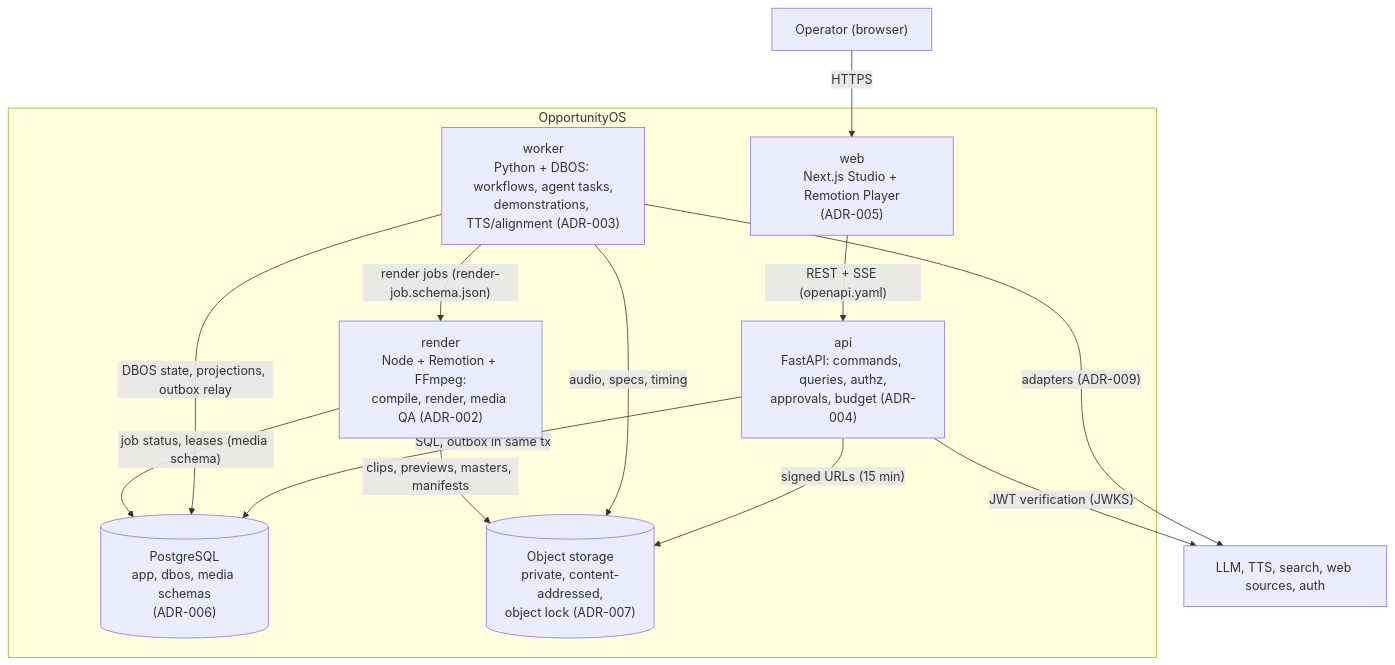
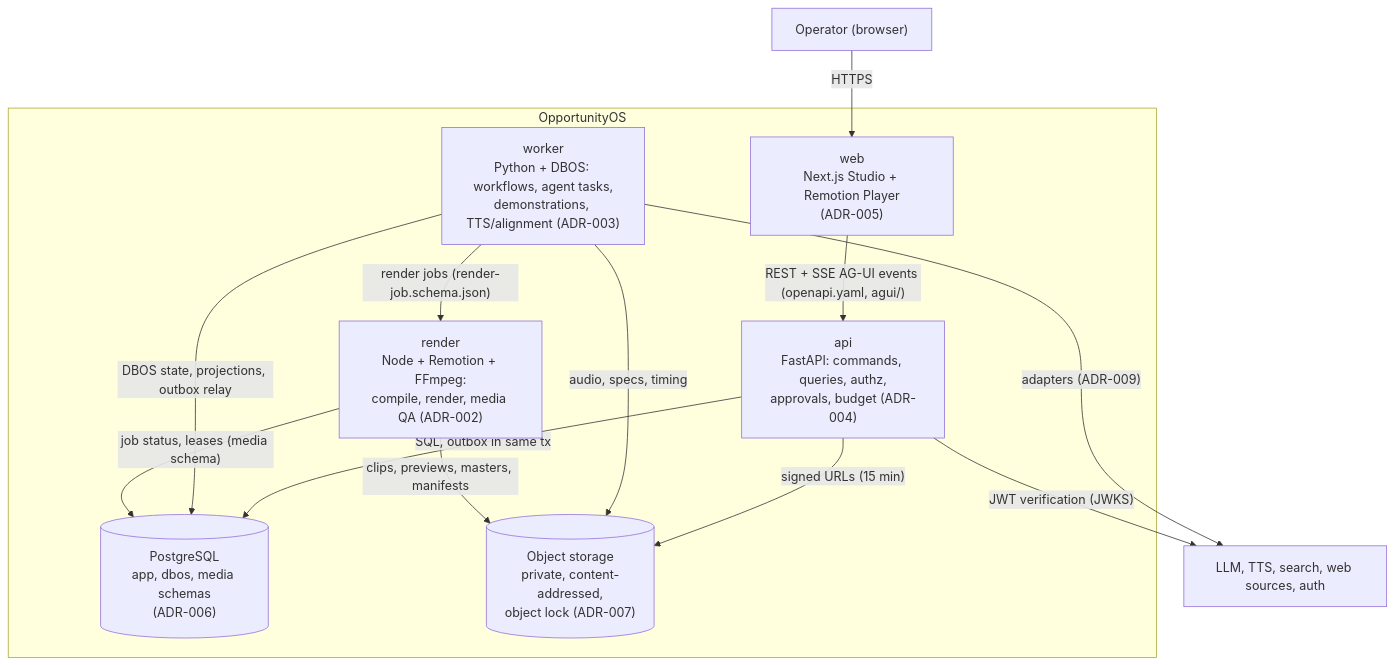
Before and after one commit to swa01wk/opportunity-os: the second of 7 diagrams in docs/architecture/ARCHITECTURE.md, drawn with Mermaid. The commit also changed other lines of this file and 31 other files, not shown here.

````diff
--- a/docs/architecture/ARCHITECTURE.md
+++ b/docs/architecture/ARCHITECTURE.md
@@ -41,25 +41,25 @@
 ```mermaid
 flowchart TB
   op["Operator (browser)"]
   subgraph oos["OpportunityOS"]
     webc["web<br/>Next.js Studio + Remotion Player<br/>(ADR-005)"]
     api["api<br/>FastAPI: commands, queries, authz,<br/>approvals, budget (ADR-004)"]
     worker["worker<br/>Python + DBOS: workflows, agent tasks,<br/>demonstrations, TTS/alignment (ADR-003)"]
     render["render<br/>Node + Remotion + FFmpeg:<br/>compile, render, media QA (ADR-002)"]
     pg[("PostgreSQL<br/>app, dbos, media schemas<br/>(ADR-006)")]
     s3[("Object storage<br/>private, content-addressed,<br/>object lock (ADR-007)")]
   end
   ext["LLM, TTS, search, web sources, auth"]
 
   op -- HTTPS --> webc
-  webc -- "REST + SSE (openapi.yaml)" --> api
+  webc -- "REST + SSE AG-UI events (openapi.yaml, agui/)" --> api
   api -- "SQL, outbox in same tx" --> pg
   api -- "signed URLs (15 min)" --> s3
   worker -- "DBOS state, projections, outbox relay" --> pg
   worker -- "render jobs (render-job.schema.json)" --> render
   worker -- "audio, specs, timing" --> s3
   render -- "job status, leases (media schema)" --> pg
   render -- "clips, previews, masters, manifests" --> s3
   worker -- "adapters (ADR-009)" --> ext
   api -- "JWT verification (JWKS)" --> ext
 ```
````
